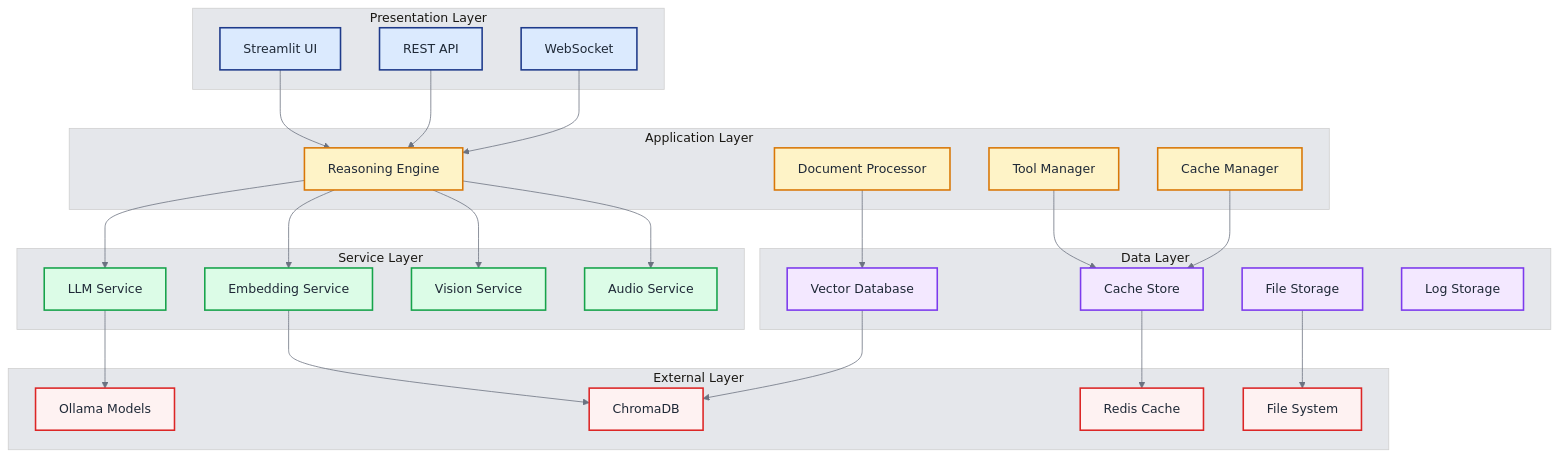
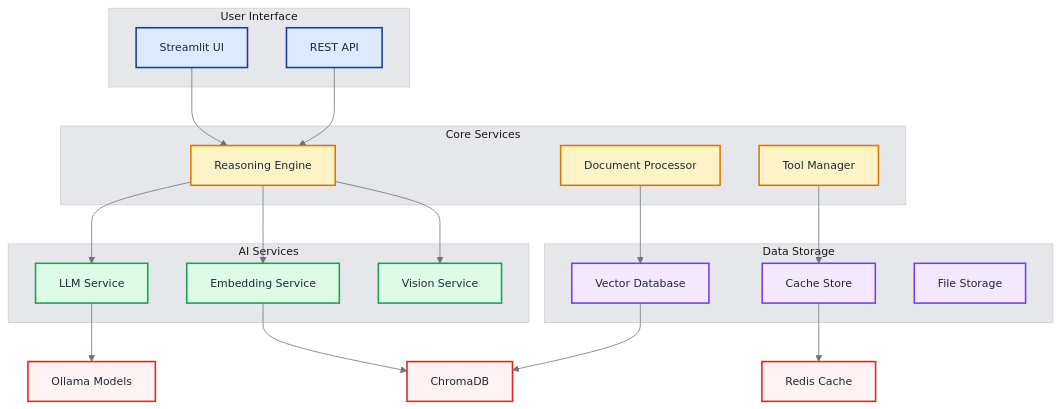
Before and after one commit to khaosans/basic-chat: the first of 6 diagrams in docs/TECHNICAL_OVERVIEW.md, drawn with Mermaid. The commit also changed other lines of this file and 3 other files, not shown here.

Commit message:
docs: Revise technical overview and update architecture diagrams - Simplify terminology and improve clarity in diagrams - Adjust font sizes and class definitions for better readability

````diff
--- a/docs/TECHNICAL_OVERVIEW.md
+++ b/docs/TECHNICAL_OVERVIEW.md
@@ -23,68 +23,53 @@
 ```mermaid
-%%{init: {'theme': 'base', 'themeVariables': { 'fontSize': '16px', 'fontFamily': 'Arial, sans-serif', 'primaryColor': '#1e3a8a', 'primaryTextColor': '#1f2937', 'primaryBorderColor': '#374151', 'lineColor': '#6b7280', 'secondaryColor': '#f3f4f6', 'tertiaryColor': '#e5e7eb', 'edgeLabelBackground': '#f9fafb'}}}%%
+%%{init: {'theme': 'base', 'themeVariables': { 'fontSize': '14px', 'fontFamily': 'Arial, sans-serif', 'primaryColor': '#1e3a8a', 'primaryTextColor': '#1f2937', 'primaryBorderColor': '#374151', 'lineColor': '#6b7280', 'secondaryColor': '#f3f4f6', 'tertiaryColor': '#e5e7eb'}}}%%
 graph TB
-    subgraph "Presentation Layer"
+    subgraph "User Interface"
         UI[Streamlit UI]
         API[REST API]
-        WS[WebSocket]
     end
     
-    subgraph "Application Layer"
+    subgraph "Core Services"
         RE[Reasoning Engine]
         DP[Document Processor]
         TM[Tool Manager]
-        CM[Cache Manager]
     end
     
-    subgraph "Service Layer"
+    subgraph "AI Services"
         LLM[LLM Service]
         EMB[Embedding Service]
         VISION[Vision Service]
-        AUDIO[Audio Service]
     end
     
-    subgraph "Data Layer"
+    subgraph "Data Storage"
         VDB[Vector Database]
         CACHE[Cache Store]
         FILES[File Storage]
-        LOGS[Log Storage]
-    end
-    
-    subgraph "External Layer"
-        OLLAMA[Ollama Models]
-        CHROMADB[ChromaDB]
-        REDIS[Redis Cache]
-        FILESYSTEM[File System]
     end
     
     UI --> RE
     API --> RE
-    WS --> RE
     
     RE --> LLM
     RE --> EMB
     RE --> VISION
-    RE --> AUDIO
     
     DP --> VDB
     TM --> CACHE
-    CM --> CACHE
     
-    LLM --> OLLAMA
-    EMB --> CHROMADB
+    LLM --> OLLAMA[Ollama Models]
+    EMB --> CHROMADB[ChromaDB]
     VDB --> CHROMADB
-    CACHE --> REDIS
-    FILES --> FILESYSTEM
+    CACHE --> REDIS[Redis Cache]
     
-    classDef presentation fill:#dbeafe,stroke:#1e3a8a,stroke-width:2px,color:#1f2937
-    classDef application fill:#fef3c7,stroke:#d97706,stroke-width:2px,color:#1f2937
-    classDef service fill:#dcfce7,stroke:#16a34a,stroke-width:2px,color:#1f2937
+    classDef ui fill:#dbeafe,stroke:#1e3a8a,stroke-width:2px,color:#1f2937
+    classDef core fill:#fef3c7,stroke:#d97706,stroke-width:2px,color:#1f2937
+    classDef ai fill:#dcfce7,stroke:#16a34a,stroke-width:2px,color:#1f2937
     classDef data fill:#f3e8ff,stroke:#7c3aed,stroke-width:2px,color:#1f2937
     classDef external fill:#fef2f2,stroke:#dc2626,stroke-width:2px,color:#1f2937
     
-    class UI,API,WS presentation
-    class RE,DP,TM,CM application
-    class LLM,EMB,VISION,AUDIO service
-    class VDB,CACHE,FILES,LOGS data
-    class OLLAMA,CHROMADB,REDIS,FILESYSTEM external
+    class UI,API ui
+    class RE,DP,TM core
+    class LLM,EMB,VISION ai
+    class VDB,CACHE,FILES data
+    class OLLAMA,CHROMADB,REDIS external
 ```
````
